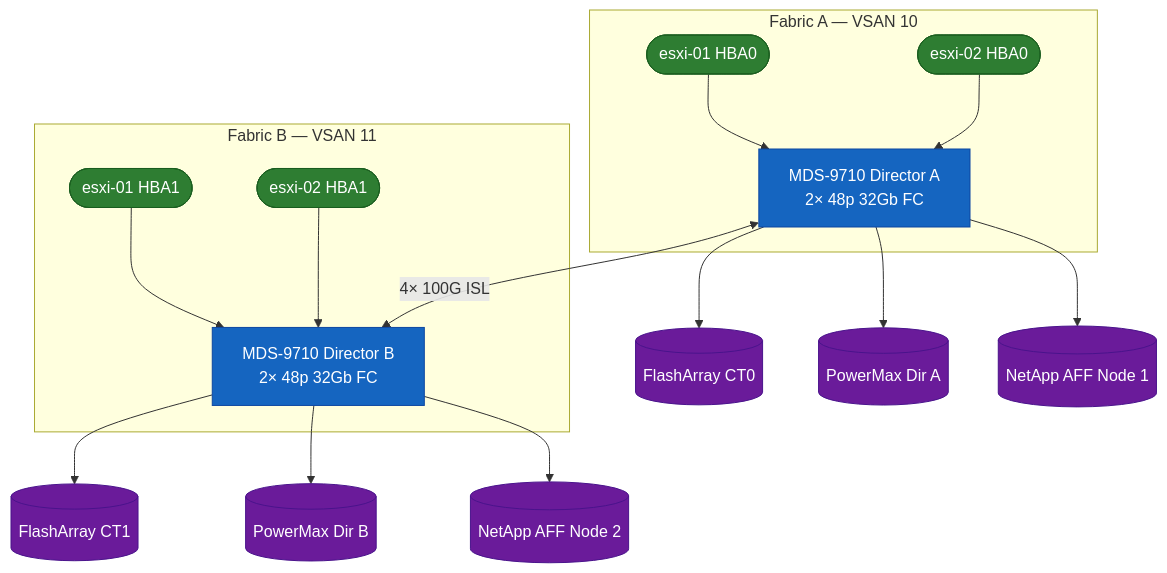
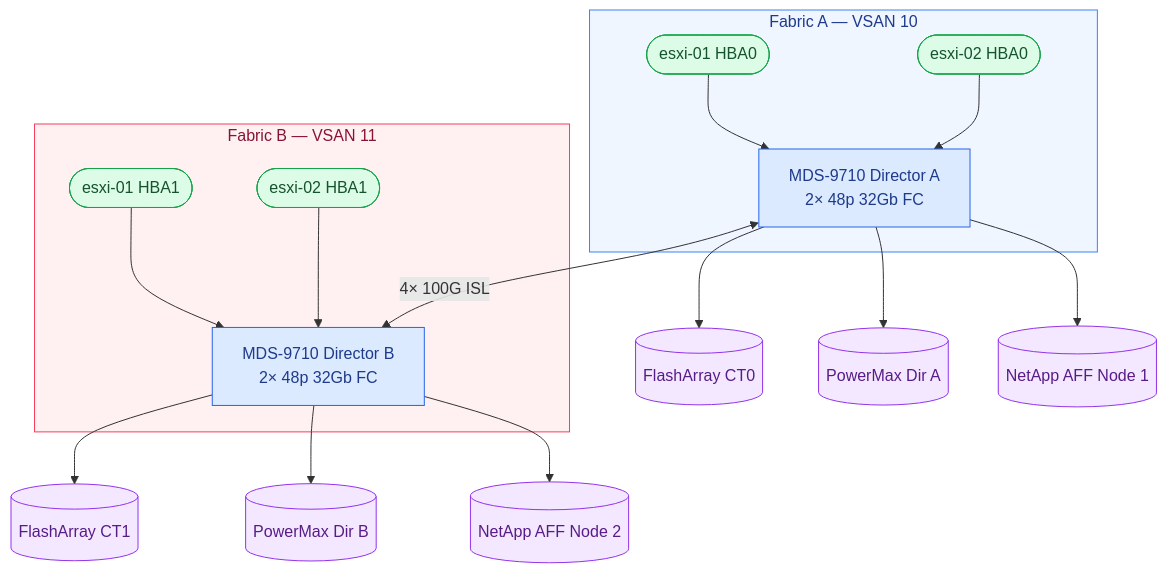
The diagram in docs/san/cisco/mds/architecture/index.md (canast01/chris-kb), drawn with Mermaid before and after one commit.

Commit message:
Mermaid: pastel node colours, light subgraph tints, dark text

````diff
--- a/docs/san/cisco/mds/architecture/index.md
+++ b/docs/san/cisco/mds/architecture/index.md
@@ -8,35 +8,38 @@
 ```mermaid
 graph TB
   subgraph FabricA["Fabric A — VSAN 10"]
     H1A(["esxi-01  HBA0"])
     H2A(["esxi-02  HBA0"])
     MDSA["MDS-9710 Director A\n2× 48p 32Gb FC"]
     H1A --> MDSA
     H2A --> MDSA
   end
 
   subgraph FabricB["Fabric B — VSAN 11"]
     H1B(["esxi-01  HBA1"])
     H2B(["esxi-02  HBA1"])
     MDSB["MDS-9710 Director B\n2× 48p 32Gb FC"]
     H1B --> MDSB
     H2B --> MDSB
   end
 
   MDSA <-->|"4× 100G ISL"| MDSB
 
   MDSA --> FA_CT0[("FlashArray CT0")]
   MDSA --> PM_A[("PowerMax Dir A")]
   MDSA --> NA_N1[("NetApp AFF Node 1")]
   MDSB --> FA_CT1[("FlashArray CT1")]
   MDSB --> PM_B[("PowerMax Dir B")]
   MDSB --> NA_N2[("NetApp AFF Node 2")]
 
-  classDef switch fill:#1565c0,stroke:#0d47a1,color:#fff
-  classDef host fill:#2e7d32,stroke:#1b5e20,color:#fff
-  classDef storage fill:#6a1b9a,stroke:#4a148c,color:#fff
+  classDef switch fill:#dbeafe,stroke:#2563eb,color:#1e3a8a
+  classDef host fill:#dcfce7,stroke:#16a34a,color:#14532d
+  classDef storage fill:#f3e8ff,stroke:#9333ea,color:#581c87
 
   class MDSA,MDSB switch
   class H1A,H2A,H1B,H2B host
   class FA_CT0,PM_A,NA_N1,FA_CT1,PM_B,NA_N2 storage
+
+  style FabricA fill:#eff6ff,stroke:#3b82f6,color:#1e3a8a
+  style FabricB fill:#fff1f2,stroke:#f43f5e,color:#881337
 ```
````
